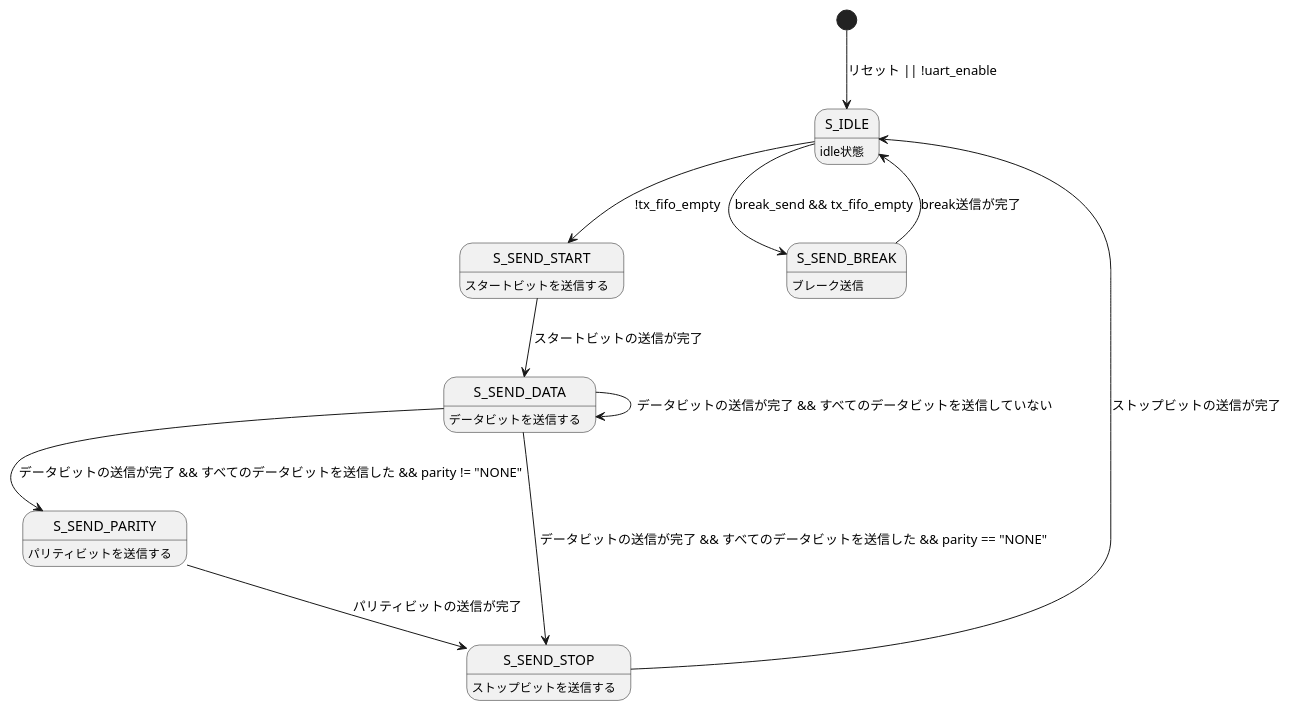
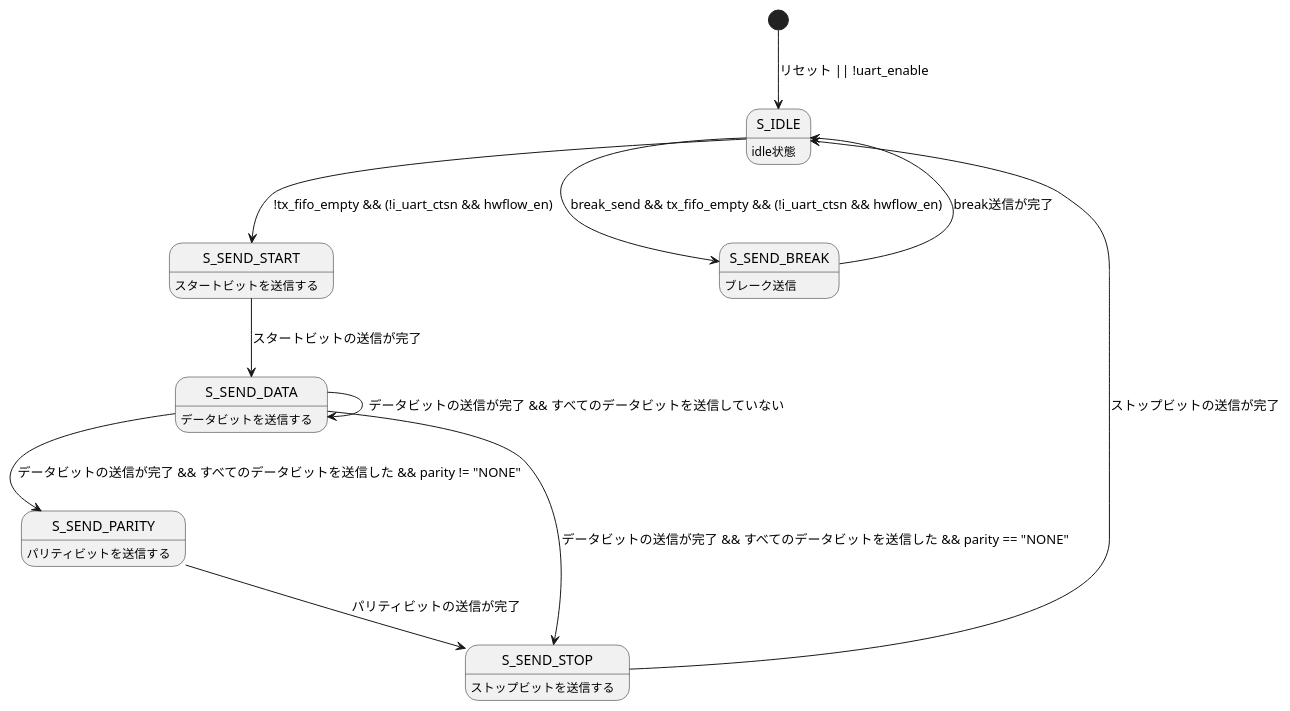
The diagram in peripheral/uart/doc/figure/uart_tx_fsm.pu (YKengo1224/rtl-ip-library), drawn with PlantUML before and after one commit. The commit also changed 8 other files, not shown here.

```diff
--- a/peripheral/uart/doc/figure/uart_tx_fsm.pu
+++ b/peripheral/uart/doc/figure/uart_tx_fsm.pu
@@ -1,27 +1,27 @@
 @startuml
 hide empty description
 
 [*] --> S_IDLE : リセット || !uart_enable
 
 S_IDLE :idle状態
 S_SEND_START : スタートビットを送信する
 S_SEND_DATA : データビットを送信する
 S_SEND_PARITY : パリティビットを送信する
 S_SEND_STOP : ストップビットを送信する
 S_SEND_BREAK :ブレーク送信
 
 
 
 
-S_IDLE --> S_SEND_BREAK : break_send && tx_fifo_empty
-S_IDLE --> S_SEND_START : !tx_fifo_empty
+S_IDLE --> S_SEND_BREAK : break_send && tx_fifo_empty && (!i_uart_ctsn && hwflow_en)
+S_IDLE --> S_SEND_START : !tx_fifo_empty && (!i_uart_ctsn && hwflow_en)
 S_SEND_START --> S_SEND_DATA : スタートビットの送信が完了
 S_SEND_DATA --> S_SEND_DATA : データビットの送信が完了 && すべてのデータビットを送信していない
 S_SEND_DATA --> S_SEND_PARITY : データビットの送信が完了 && すべてのデータビットを送信した && parity != "NONE"
 S_SEND_DATA --> S_SEND_STOP : データビットの送信が完了 && すべてのデータビットを送信した && parity == "NONE"
 S_SEND_PARITY --> S_SEND_STOP : パリティビットの送信が完了
 S_SEND_STOP --> S_IDLE : ストップビットの送信が完了
 S_SEND_BREAK --> S_IDLE : break送信が完了
 
 
 @enduml
```
